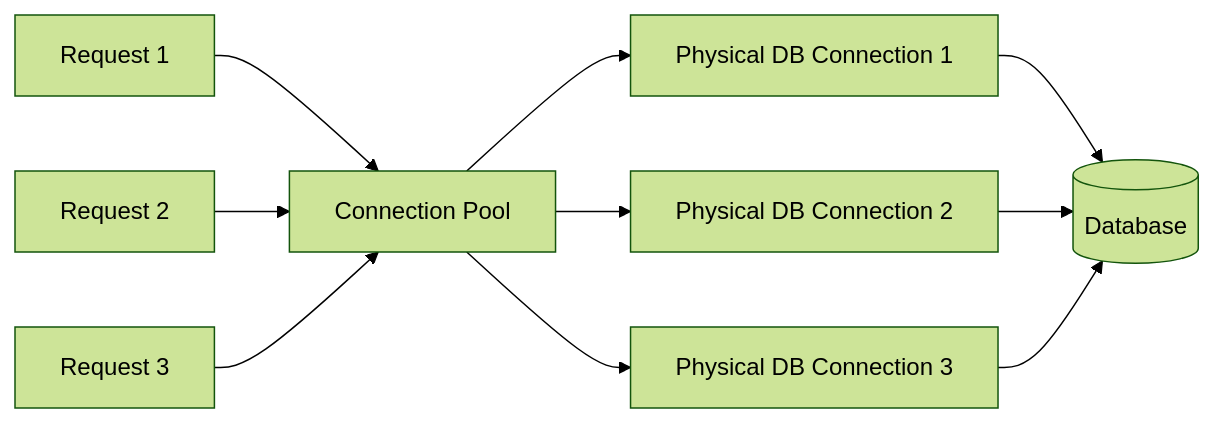
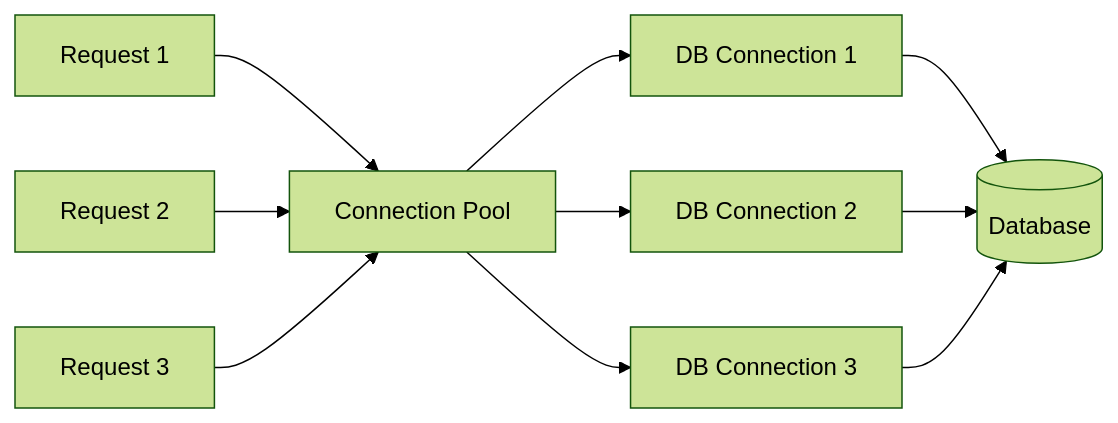
The first of 4 diagrams in src/content/databases/connection-pooling.md (AvadhBhalodiya/Interview-Preparation), drawn with Mermaid (forest theme) before and after one commit. The commit also changed other lines of this file and 80 other files, not shown here.

````diff
--- a/src/content/databases/connection-pooling.md
+++ b/src/content/databases/connection-pooling.md
@@ -22,14 +21,14 @@
 ```mermaid
 flowchart LR
     R1[Request 1] --> P[Connection Pool]
     R2[Request 2] --> P
     R3[Request 3] --> P
 
-    P --> C1[Physical DB Connection 1]
-    P --> C2[Physical DB Connection 2]
-    P --> C3[Physical DB Connection 3]
+    P --> C1[DB Connection 1]
+    P --> C2[DB Connection 2]
+    P --> C3[DB Connection 3]
 
     C1 --> DB[(Database)]
     C2 --> DB
     C3 --> DB
 ```
````
